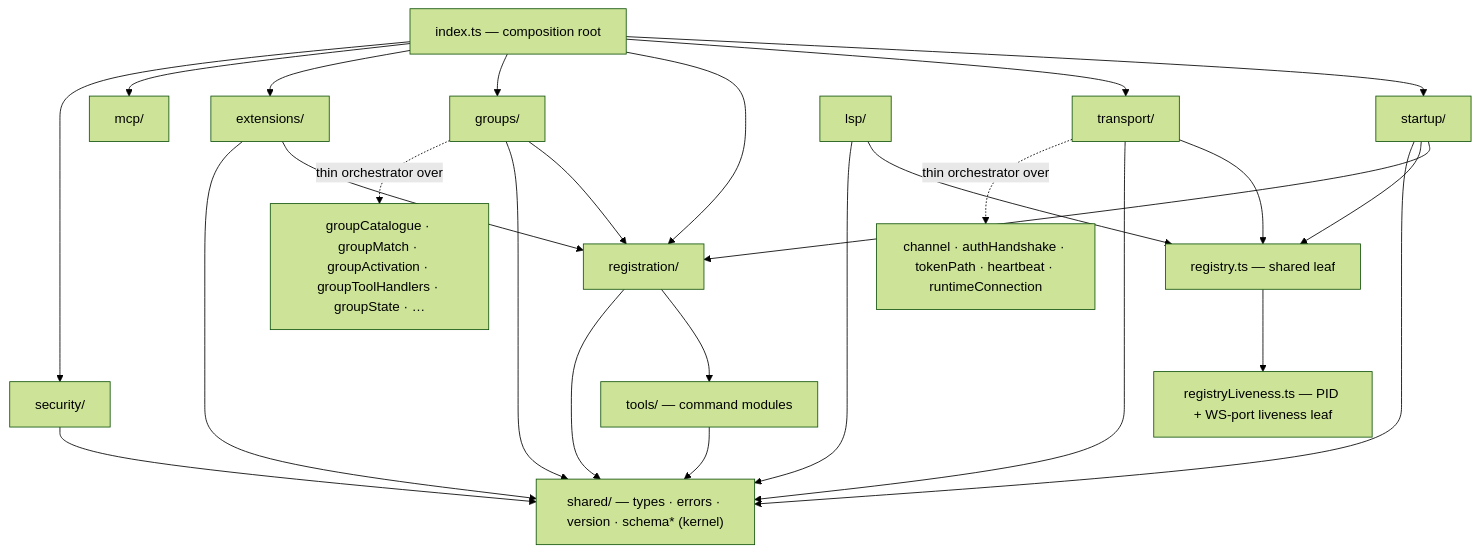
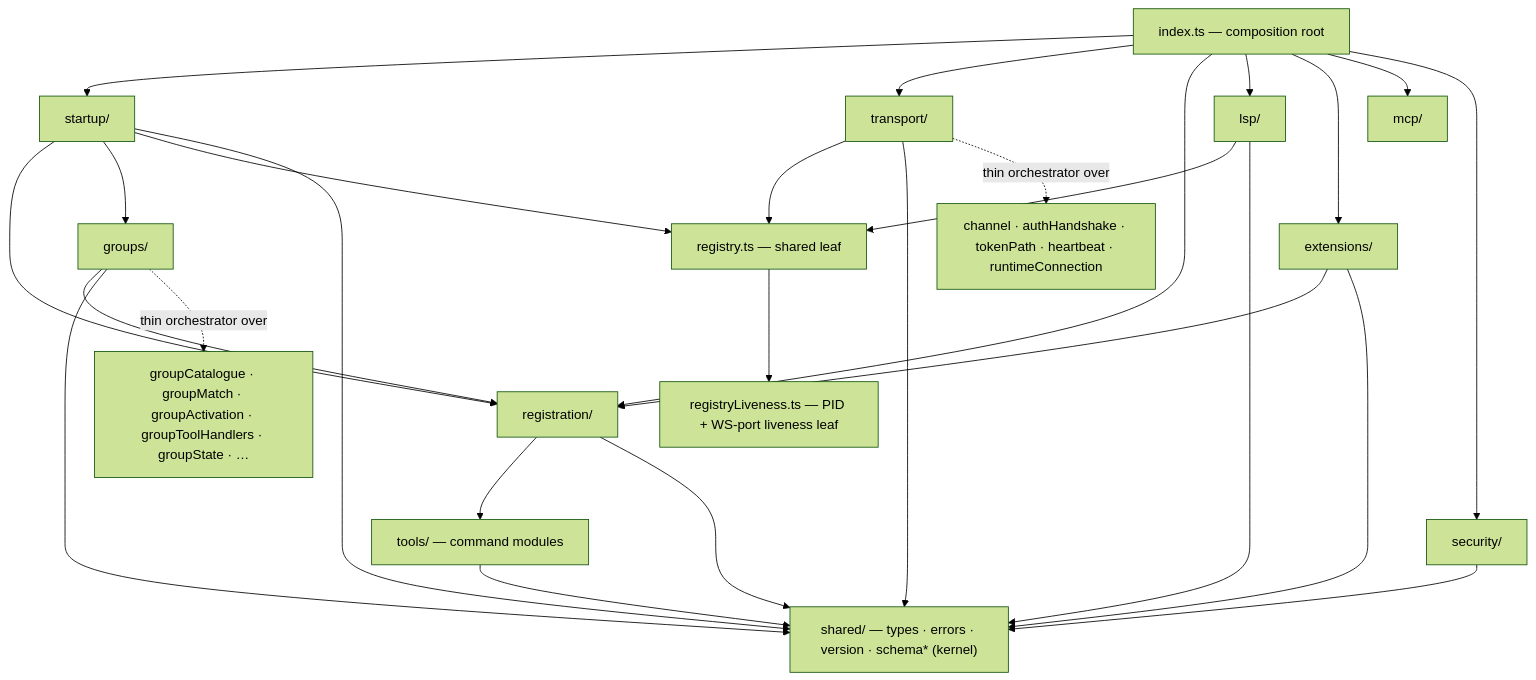
The second of 13 diagrams in docs/architecture/README.md (NPGameDev/godot-mcp-server), drawn with Mermaid (forest theme) before and after one commit. The commit also changed other lines of this file, not shown here.

````diff
--- a/docs/architecture/README.md
+++ b/docs/architecture/README.md
@@ -166,30 +166,31 @@
 ```mermaid
 flowchart TD
     index["index.ts — composition root"]
     registry["registry.ts — shared leaf"]
     index --> startup["startup/"]
     index --> transport["transport/"]
     index --> registration["registration/"]
-    index --> groups["groups/"]
+    index --> lsp["lsp/"]
     index --> extensions["extensions/"]
     index --> mcp["mcp/"]
     index --> security["security/"]
     startup --> registration
+    startup --> groups["groups/"]
     groups --> registration
     extensions --> registration
     registration --> tools["tools/ — command modules"]
     transport --> registry
     startup --> registry
-    lsp["lsp/"] --> registry
+    lsp --> registry
     registry --> liveness["registryLiveness.ts — PID + WS-port liveness leaf"]
     transport --> shared["shared/ — types · errors · version · schema* (kernel)"]
     registration --> shared
     groups --> shared
     extensions --> shared
     lsp --> shared
     security --> shared
     startup --> shared
     tools --> shared
     transport -.->|"thin orchestrator over"| tchildren["channel · authHandshake · tokenPath · heartbeat · runtimeConnection"]
     groups -.->|"thin orchestrator over"| gchildren["groupCatalogue · groupMatch · groupActivation · groupToolHandlers · groupState · …"]
 ```
````
